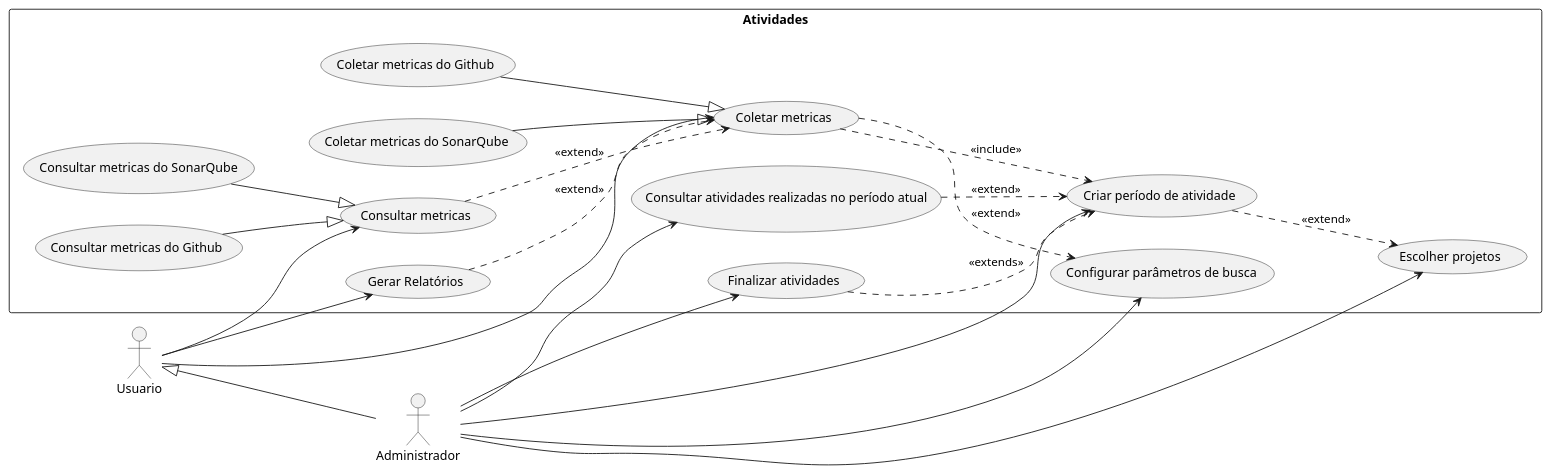
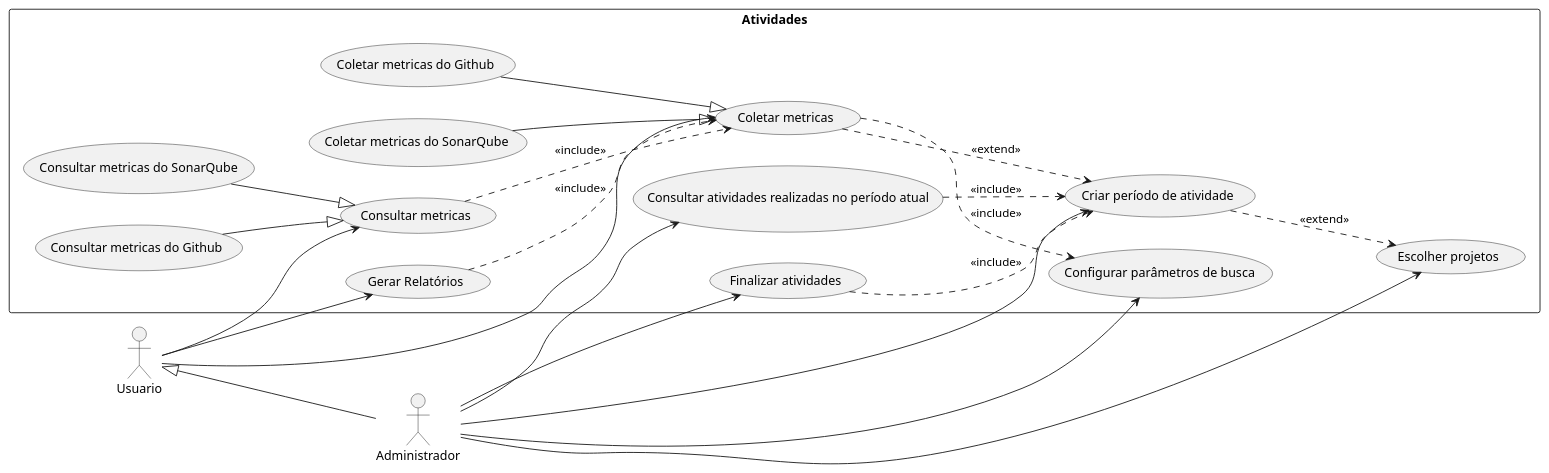
One commit to yurilsn/DiagramasUml changed the diagram in caso_de_uso_proj_final.wsd. Above: the diagram before and after it, drawn with PlantUML. The commit also changed 3 other files, not shown here.

Commit message:
diagrama  de estados

```diff
--- a/caso_de_uso_proj_final.wsd
+++ b/caso_de_uso_proj_final.wsd
@@ -4,58 +4,58 @@
 @startuml
 ' skinparam linetype ortho
 left to right direction
 
 actor "Usuario" as usuario
 actor "Administrador" as adm
 
 usuario <|-- adm
 
 
 
 rectangle "Atividades" {
 
     usecase "Coletar metricas do Github" as coleta_github
     usecase "Coletar metricas do SonarQube" as coleta_sonarqube
     usecase "Coletar metricas" as coleta
     usecase "Consultar metricas do SonarQube" as consulta_sonarqube
     usecase "Consultar metricas do Github" as consulta_github
     usecase "Consultar metricas" as consulta
     usecase "Gerar Relatórios" as gerar_relatorio
     usecase "Criar período de atividade" as criar_periodo
     usecase "Consultar atividades realizadas no período atual" as consultar_atividade
     usecase "Finalizar atividades" as finaliza_atividades
     usecase "Configurar parâmetros de busca" as parametro_busca
     usecase "Escolher projetos" as escolher_projeto
 
 
 
     consulta_sonarqube --|> consulta
     consulta_github --|> consulta
     coleta_github --|> coleta
     coleta_sonarqube --|> coleta
-    consulta -[dashed]-> coleta : <<extend>>
-    coleta -[dashed]-> parametro_busca : <<extend>>
-    coleta -[dashed]-> criar_periodo : <<include>>
-    gerar_relatorio -[dashed]-> coleta : <<extend>>
-    consultar_atividade -[dashed]-> criar_periodo : <<extend>> 
+    consulta -[dashed]-> coleta : <<include>>
+    coleta -[dashed]-> parametro_busca : <<include>>
+    coleta -[dashed]-> criar_periodo : <<extend>>
+    gerar_relatorio -[dashed]-> coleta : <<include>>
+    consultar_atividade -[dashed]-> criar_periodo : <<include>> 
     criar_periodo -[dashed]-> escolher_projeto : <<extend>>
-    finaliza_atividades -[dashed]-> criar_periodo : <<extends>>
+    finaliza_atividades -[dashed]-> criar_periodo : <<include>>
     
 
 
     usuario --> consulta
     usuario --> gerar_relatorio
     usuario --> coleta
     adm --> criar_periodo
     adm --> consultar_atividade
     adm --> finaliza_atividades
     adm --> parametro_busca
     adm --> escolher_projeto
     
 
   
 
     
       
 }
 @enduml
```
